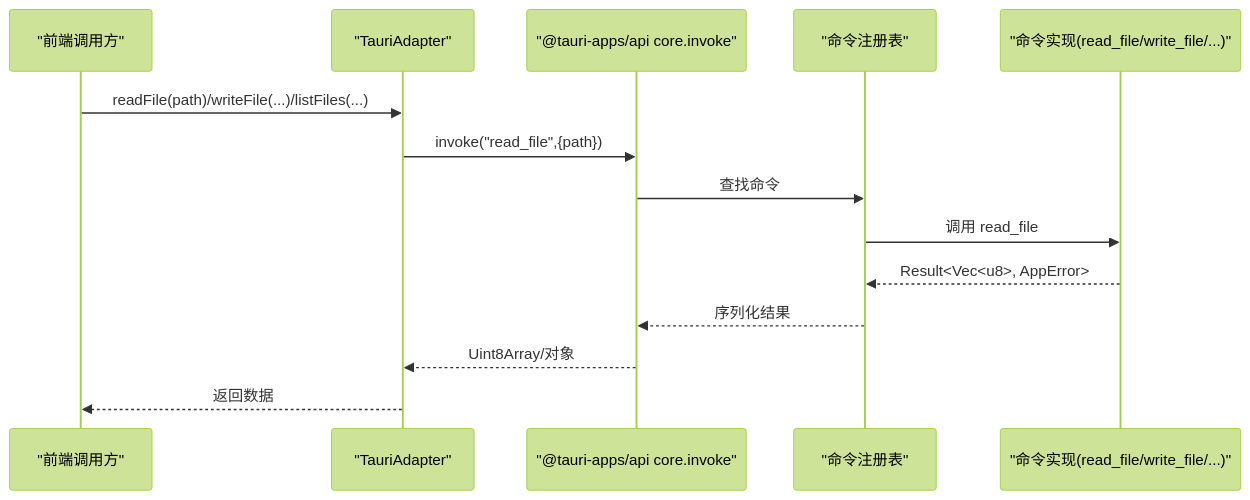
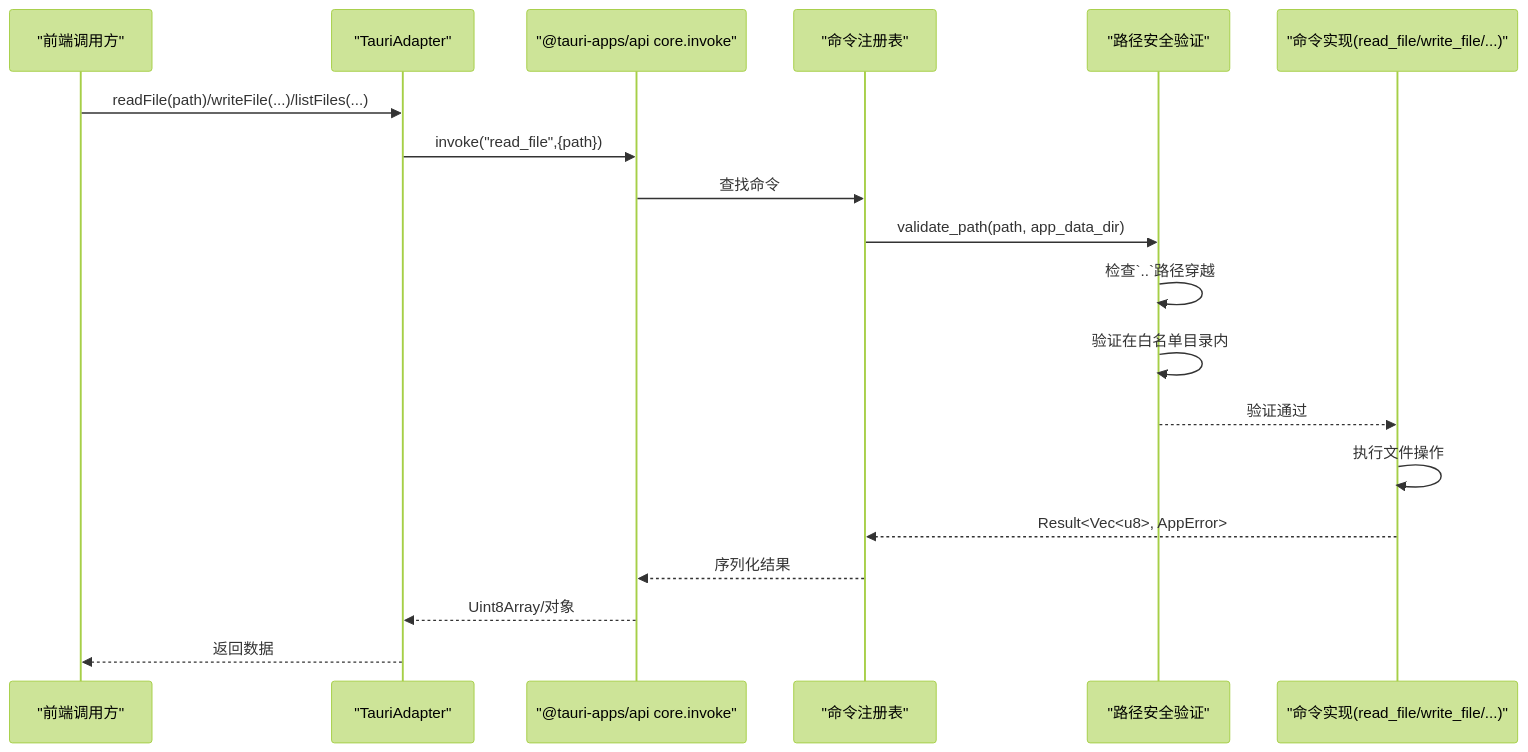
The third of 12 diagrams in .qoder/repowiki/zh/content/架构设计/前后端通信机制/前后端通信机制.md (taoweidong/Hello-Tauri), drawn with Mermaid (forest theme) before and after one commit. The commit also changed other lines of this file and 119 other files, not shown here.

````diff
--- a/.qoder/repowiki/zh/content/架构设计/前后端通信机制/前后端通信机制.md
+++ b/.qoder/repowiki/zh/content/架构设计/前后端通信机制/前后端通信机制.md
@@ -147,16 +168,21 @@
 ```mermaid
 sequenceDiagram
 participant UI as "前端调用方"
 participant TA as "TauriAdapter"
 participant INV as "@tauri-apps/api core.invoke"
 participant REG as "命令注册表"
+participant SEC as "路径安全验证"
 participant FN as "命令实现(read_file/write_file/...)"
 UI->>TA : readFile(path)/writeFile(...)/listFiles(...)
 TA->>INV : invoke("read_file",{path})
 INV->>REG : 查找命令
-REG->>FN : 调用 read_file
+REG->>SEC : validate_path(path, app_data_dir)
+SEC->>SEC : 检查`..`路径穿越
+SEC->>SEC : 验证在白名单目录内
+SEC-->>FN : 验证通过
+FN->>FN : 执行文件操作
 FN-->>REG : Result<Vec<u8>, AppError>
 REG-->>INV : 序列化结果
 INV-->>TA : Uint8Array/对象
 TA-->>UI : 返回数据
 ```
````
